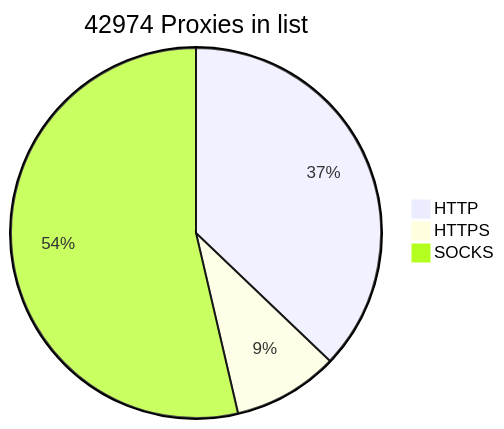
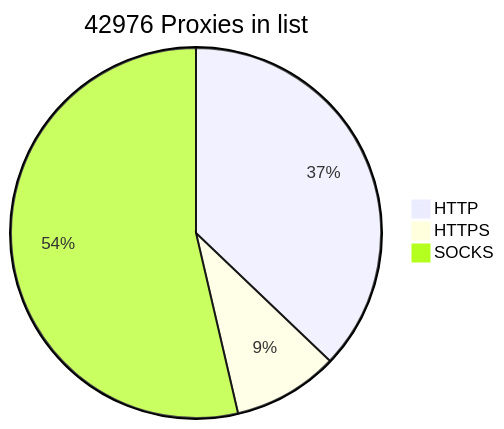
Before and after one commit to BlackSnowDot/proxylist-update-every-minute: the diagram in README.md, drawn with Mermaid. The commit also changed other lines of this file, not shown here.

````diff
--- a/README.md
+++ b/README.md
@@ -2,6 +2,6 @@
 ```mermaid
-pie title 42974 Proxies in list
-    "HTTP" : 17363
-    "HTTPS": 4306
+pie title 42976 Proxies in list
+    "HTTP" : 17361
+    "HTTPS": 4308
     "SOCKS" : 25080
 ```
````
